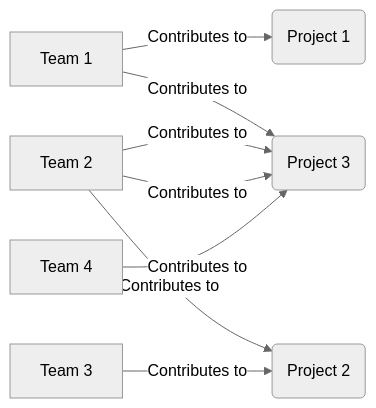
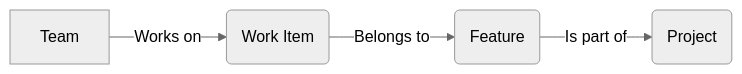
Before and after one commit to LetPeopleWork/Lighthouse: the first of 5 diagrams in docs/concepts/howlighthouseforecasts.md, drawn with Mermaid. The commit also changed other lines of this file and 1 other file, not shown here.

````diff
--- a/docs/concepts/howlighthouseforecasts.md
+++ b/docs/concepts/howlighthouseforecasts.md
@@ -72,14 +74,7 @@
 ```mermaid
 %%{init: {'theme': 'neutral'}}%%
 flowchart LR
-    A[Team 1] -->|Contributes to| 1(Project 1)
-    A -->|Contributes to| 3(Project 3)
-
-    B[Team 2] -->|Contributes to| 2(Project 2)
-    B -->|Contributes to| 3
-    
-    C[Team 3] -->|Contributes to| 2
-    B -->|Contributes to| 3
-
-    D[Team 4] -->|Contributes to| 3
+    T1[Team ] -->|Works on| W1(Work Item)
+    W1 --> |Belongs to| F1(Feature)
+    F1 --> |Is part of| P1(Project)
 ```
````
